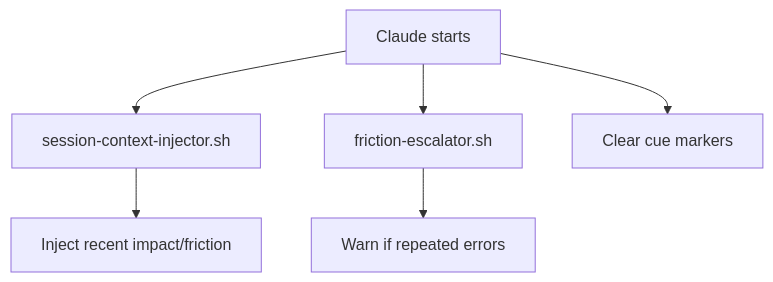
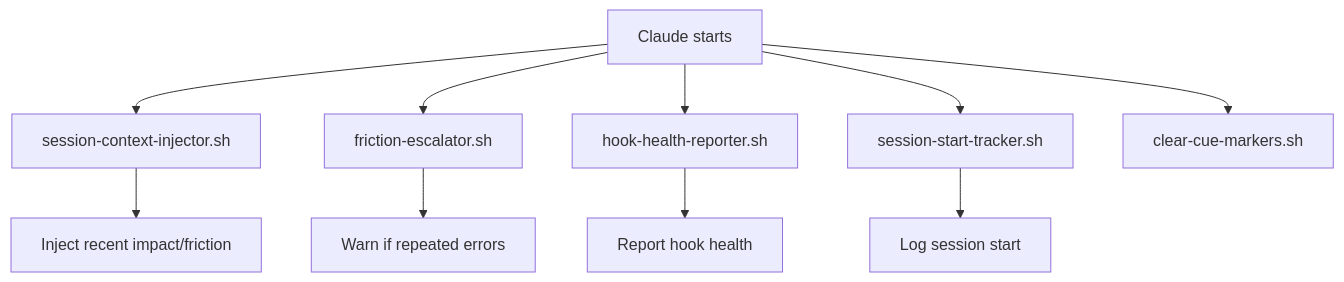
Diagram 19 of 25 in data-capture.md (meaganewaller/weekly-reviews), drawn with Mermaid before and after one commit. The commit also changed other lines of this file and 2 other files, not shown here.

First line of the commit message:
feat: Update data capture and friction taxonomy documentation

```diff
--- a/data-capture.md
+++ b/data-capture.md
@@ -288,8 +427,12 @@
 {% mermaid %}
 flowchart TD
     A[Claude starts] --> B[session-context-injector.sh]
     A --> C[friction-escalator.sh]
-    A --> D[Clear cue markers]
-    B --> E[Inject recent impact/friction]
-    C --> F[Warn if repeated errors]
+    A --> D[hook-health-reporter.sh]
+    A --> E[session-start-tracker.sh]
+    A --> F[clear-cue-markers.sh]
+    B --> G[Inject recent impact/friction]
+    C --> H[Warn if repeated errors]
+    D --> I[Report hook health]
+    E --> J[Log session start]
 {% endmermaid %}
```
